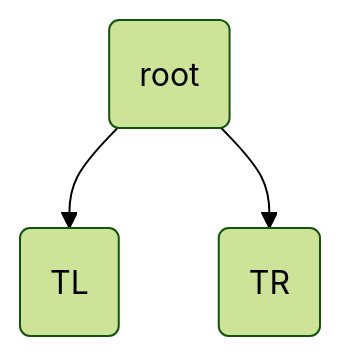
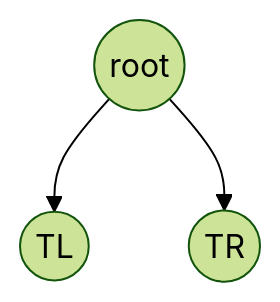
One commit to jayshozie/ceng301 changed the third of 4 diagrams in lecture-notes/w07.md. Above: the diagram before and after it, drawn with Mermaid (forest theme). The commit also changed other lines of this file, not shown here.

````diff
--- a/lecture-notes/w07.md
+++ b/lecture-notes/w07.md
@@ -388,6 +388,6 @@
 ```mermaid
 graph TD
 
-A(root) --> B(TL)
-A(root) --> C(TR)
+A((root)) --> B((TL))
+A((root)) --> C((TR))
 ```
````
